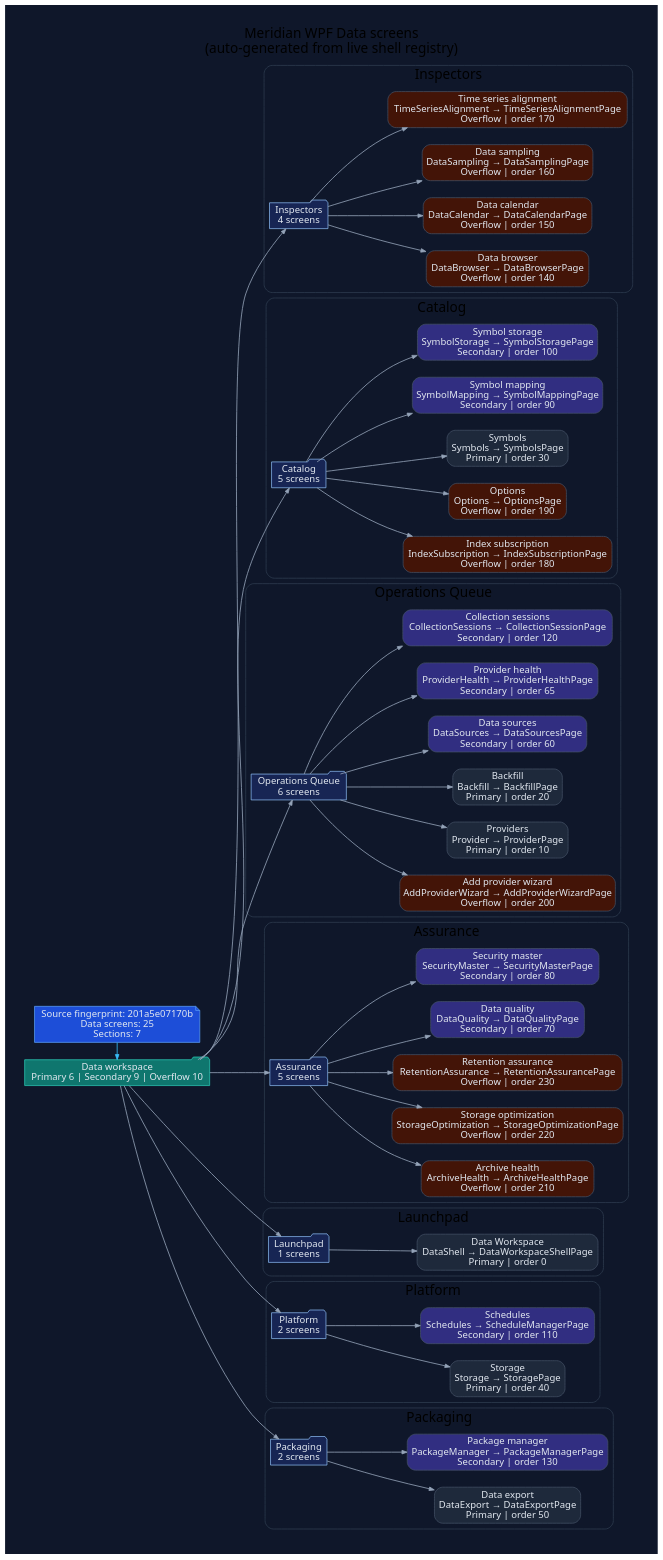
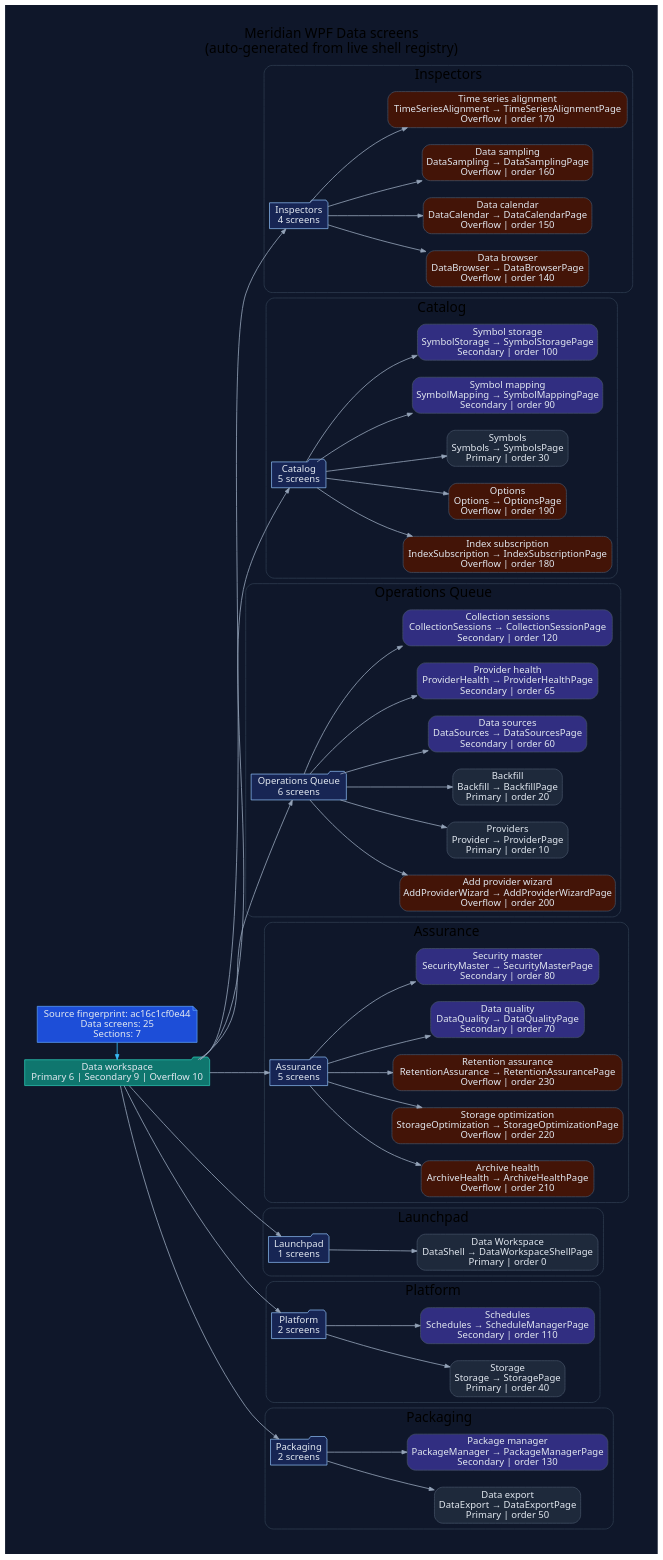
The diagram in docs/diagrams/ui/ui-wpf-screens-data.dot (rodoHasArrived/Meridian-main), drawn with Graphviz before and after one commit. The commit also changed 60 other files, not shown here.

```diff
--- a/docs/diagrams/ui/ui-wpf-screens-data.dot
+++ b/docs/diagrams/ui/ui-wpf-screens-data.dot
@@ -1,132 +1,132 @@
 // -----------------------------------------------------------------------------
 // <auto-generated>
 // Generated by scripts/generate-diagrams.mjs.
 // Do not edit this file directly; update the WPF source files instead.
 // -----------------------------------------------------------------------------
 digraph WpfDataScreens {
   graph [
     rankdir=LR,
     labelloc=t,
     label="Meridian WPF Data screens\n(auto-generated from live shell registry)",
     fontname="Segoe UI",
     fontsize=20,
     pad=0.4,
     nodesep=0.35,
     ranksep=0.85,
     bgcolor="#0f172a"
   ];
   node [fontname="Segoe UI", shape=box, style="rounded,filled", color="#475569", fontcolor="#e2e8f0", fillcolor="#1e293b"];
   edge [fontname="Segoe UI", color="#94a3b8", penwidth=1.2, arrowsize=0.75];
 
-  generated [shape=note, fillcolor="#1d4ed8", color="#60a5fa", label="Source fingerprint: 201a5e07170b\nData screens: 25\nSections: 7"];
+  generated [shape=note, fillcolor="#1d4ed8", color="#60a5fa", label="Source fingerprint: ac16c1cf0e44\nData screens: 25\nSections: 7"];
   workspace [shape=folder, fillcolor="#0f766e", color="#2dd4bf", label="Data workspace\nPrimary 6 | Secondary 9 | Overflow 10"];
   generated -> workspace [color="#38bdf8"];
 
   subgraph cluster_section_1 {
     label="Inspectors";
     color="#334155";
     style="rounded";
     section_1 [shape=folder, fillcolor="#172554", color="#93c5fd", label="Inspectors\n4 screens"];
     workspace -> section_1;
     screen_DataBrowser [fillcolor="#431407", label="Data browser\nDataBrowser → DataBrowserPage\nOverflow | order 140"];
     section_1 -> screen_DataBrowser;
     screen_DataCalendar [fillcolor="#431407", label="Data calendar\nDataCalendar → DataCalendarPage\nOverflow | order 150"];
     section_1 -> screen_DataCalendar;
     screen_DataSampling [fillcolor="#431407", label="Data sampling\nDataSampling → DataSamplingPage\nOverflow | order 160"];
     section_1 -> screen_DataSampling;
     screen_TimeSeriesAlignment [fillcolor="#431407", label="Time series alignment\nTimeSeriesAlignment → TimeSeriesAlignmentPage\nOverflow | order 170"];
     section_1 -> screen_TimeSeriesAlignment;
   }
 
   subgraph cluster_section_2 {
     label="Catalog";
     color="#334155";
     style="rounded";
     section_2 [shape=folder, fillcolor="#172554", color="#93c5fd", label="Catalog\n5 screens"];
     workspace -> section_2;
     screen_IndexSubscription [fillcolor="#431407", label="Index subscription\nIndexSubscription → IndexSubscriptionPage\nOverflow | order 180"];
     section_2 -> screen_IndexSubscription;
     screen_Options [fillcolor="#431407", label="Options\nOptions → OptionsPage\nOverflow | order 190"];
     section_2 -> screen_Options;
     screen_Symbols [fillcolor="#1e293b", label="Symbols\nSymbols → SymbolsPage\nPrimary | order 30"];
     section_2 -> screen_Symbols;
     screen_SymbolMapping [fillcolor="#312e81", label="Symbol mapping\nSymbolMapping → SymbolMappingPage\nSecondary | order 90"];
     section_2 -> screen_SymbolMapping;
     screen_SymbolStorage [fillcolor="#312e81", label="Symbol storage\nSymbolStorage → SymbolStoragePage\nSecondary | order 100"];
     section_2 -> screen_SymbolStorage;
   }
 
   subgraph cluster_section_3 {
     label="Operations Queue";
     color="#334155";
     style="rounded";
     section_3 [shape=folder, fillcolor="#172554", color="#93c5fd", label="Operations Queue\n6 screens"];
     workspace -> section_3;
     screen_AddProviderWizard [fillcolor="#431407", label="Add provider wizard\nAddProviderWizard → AddProviderWizardPage\nOverflow | order 200"];
     section_3 -> screen_AddProviderWizard;
     screen_Provider [fillcolor="#1e293b", label="Providers\nProvider → ProviderPage\nPrimary | order 10"];
     section_3 -> screen_Provider;
     screen_Backfill [fillcolor="#1e293b", label="Backfill\nBackfill → BackfillPage\nPrimary | order 20"];
     section_3 -> screen_Backfill;
     screen_DataSources [fillcolor="#312e81", label="Data sources\nDataSources → DataSourcesPage\nSecondary | order 60"];
     section_3 -> screen_DataSources;
     screen_ProviderHealth [fillcolor="#312e81", label="Provider health\nProviderHealth → ProviderHealthPage\nSecondary | order 65"];
     section_3 -> screen_ProviderHealth;
     screen_CollectionSessions [fillcolor="#312e81", label="Collection sessions\nCollectionSessions → CollectionSessionPage\nSecondary | order 120"];
     section_3 -> screen_CollectionSessions;
   }
 
   subgraph cluster_section_4 {
     label="Assurance";
     color="#334155";
     style="rounded";
     section_4 [shape=folder, fillcolor="#172554", color="#93c5fd", label="Assurance\n5 screens"];
     workspace -> section_4;
     screen_ArchiveHealth [fillcolor="#431407", label="Archive health\nArchiveHealth → ArchiveHealthPage\nOverflow | order 210"];
     section_4 -> screen_ArchiveHealth;
     screen_StorageOptimization [fillcolor="#431407", label="Storage optimization\nStorageOptimization → StorageOptimizationPage\nOverflow | order 220"];
     section_4 -> screen_StorageOptimization;
     screen_RetentionAssurance [fillcolor="#431407", label="Retention assurance\nRetentionAssurance → RetentionAssurancePage\nOverflow | order 230"];
     section_4 -> screen_RetentionAssurance;
     screen_DataQuality [fillcolor="#312e81", label="Data quality\nDataQuality → DataQualityPage\nSecondary | order 70"];
     section_4 -> screen_DataQuality;
     screen_SecurityMaster [fillcolor="#312e81", label="Security master\nSecurityMaster → SecurityMasterPage\nSecondary | order 80"];
     section_4 -> screen_SecurityMaster;
   }
 
   subgraph cluster_section_5 {
     label="Launchpad";
     color="#334155";
     style="rounded";
     section_5 [shape=folder, fillcolor="#172554", color="#93c5fd", label="Launchpad\n1 screens"];
     workspace -> section_5;
     screen_DataShell [fillcolor="#1e293b", label="Data Workspace\nDataShell → DataWorkspaceShellPage\nPrimary | order 0"];
     section_5 -> screen_DataShell;
   }
 
   subgraph cluster_section_6 {
     label="Platform";
     color="#334155";
     style="rounded";
     section_6 [shape=folder, fillcolor="#172554", color="#93c5fd", label="Platform\n2 screens"];
     workspace -> section_6;
     screen_Storage [fillcolor="#1e293b", label="Storage\nStorage → StoragePage\nPrimary | order 40"];
     section_6 -> screen_Storage;
     screen_Schedules [fillcolor="#312e81", label="Schedules\nSchedules → ScheduleManagerPage\nSecondary | order 110"];
     section_6 -> screen_Schedules;
   }
 
   subgraph cluster_section_7 {
     label="Packaging";
     color="#334155";
     style="rounded";
     section_7 [shape=folder, fillcolor="#172554", color="#93c5fd", label="Packaging\n2 screens"];
     workspace -> section_7;
     screen_DataExport [fillcolor="#1e293b", label="Data export\nDataExport → DataExportPage\nPrimary | order 50"];
     section_7 -> screen_DataExport;
     screen_PackageManager [fillcolor="#312e81", label="Package manager\nPackageManager → PackageManagerPage\nSecondary | order 130"];
     section_7 -> screen_PackageManager;
   }
 
   { rank=min; generated; workspace; }
 }
```
